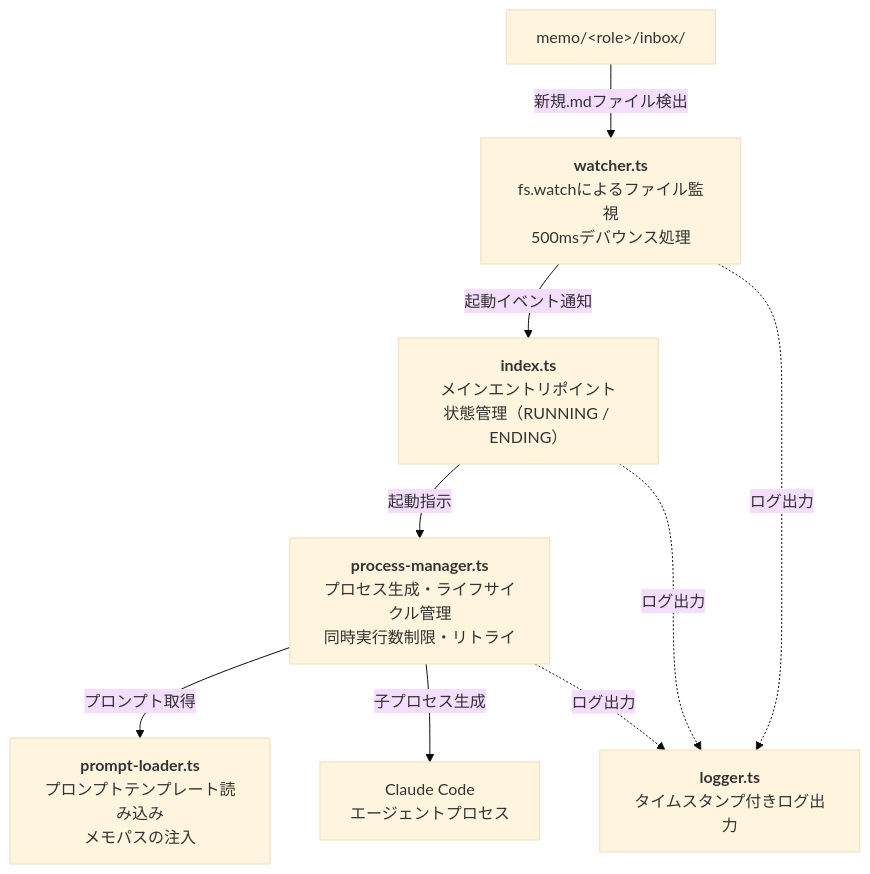
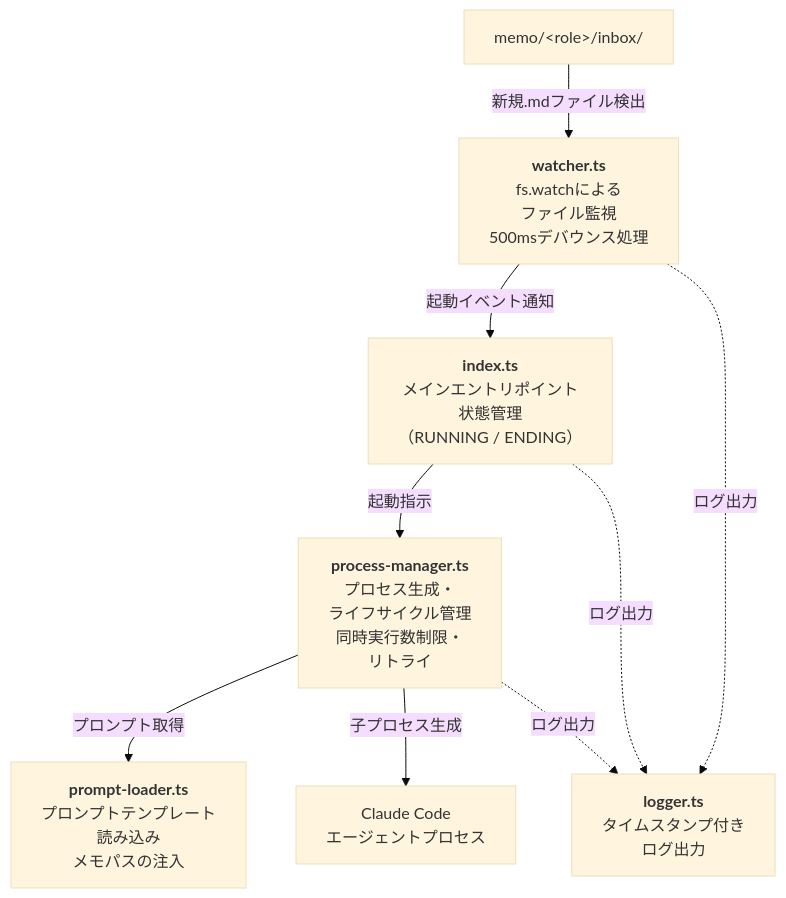
One commit to macrat/yolo-web changed the diagram in src/blog/content/2026-02-18-spawner-experiment.md. Above: the diagram before and after it, drawn with Mermaid (base theme). The commit also changed 4 other files, not shown here.

First line of the commit message:
記事の図の長い名前に書き手の改行を足し、図と図のあいだでイベントループへ戻す（T4-18 の4巡目のレビュー）

````diff
--- a/src/blog/content/2026-02-18-spawner-experiment.md
+++ b/src/blog/content/2026-02-18-spawner-experiment.md
@@ -64,19 +64,19 @@
 ```mermaid
 flowchart TD
-    INDEX["<b>index.ts</b><br/>メインエントリポイント<br/>状態管理（RUNNING / ENDING）"]
-    WATCHER["<b>watcher.ts</b><br/>fs.watchによるファイル監視<br/>500msデバウンス処理"]
-    PM["<b>process-manager.ts</b><br/>プロセス生成・ライフサイクル管理<br/>同時実行数制限・リトライ"]
-    PL["<b>prompt-loader.ts</b><br/>プロンプトテンプレート読み込み<br/>メモパスの注入"]
-    LOGGER["<b>logger.ts</b><br/>タイムスタンプ付きログ出力"]
+    INDEX["<b>index.ts</b><br/>メインエントリポイント<br/>状態管理<br/>（RUNNING / ENDING）"]
+    WATCHER["<b>watcher.ts</b><br/>fs.watchによる<br/>ファイル監視<br/>500msデバウンス処理"]
+    PM["<b>process-manager.ts</b><br/>プロセス生成・<br/>ライフサイクル管理<br/>同時実行数制限・<br/>リトライ"]
+    PL["<b>prompt-loader.ts</b><br/>プロンプトテンプレート<br/>読み込み<br/>メモパスの注入"]
+    LOGGER["<b>logger.ts</b><br/>タイムスタンプ付き<br/>ログ出力"]
     INBOX["memo/&lt;role&gt;/inbox/"]
     AGENT["Claude Code<br/>エージェントプロセス"]
 
     INBOX -- "新規.mdファイル検出" --> WATCHER
     WATCHER -- "起動イベント通知" --> INDEX
     INDEX -- "起動指示" --> PM
     PM -- "プロンプト取得" --> PL
     PM -- "子プロセス生成" --> AGENT
     INDEX -. "ログ出力" .-> LOGGER
     PM -. "ログ出力" .-> LOGGER
     WATCHER -. "ログ出力" .-> LOGGER
 ```
````
